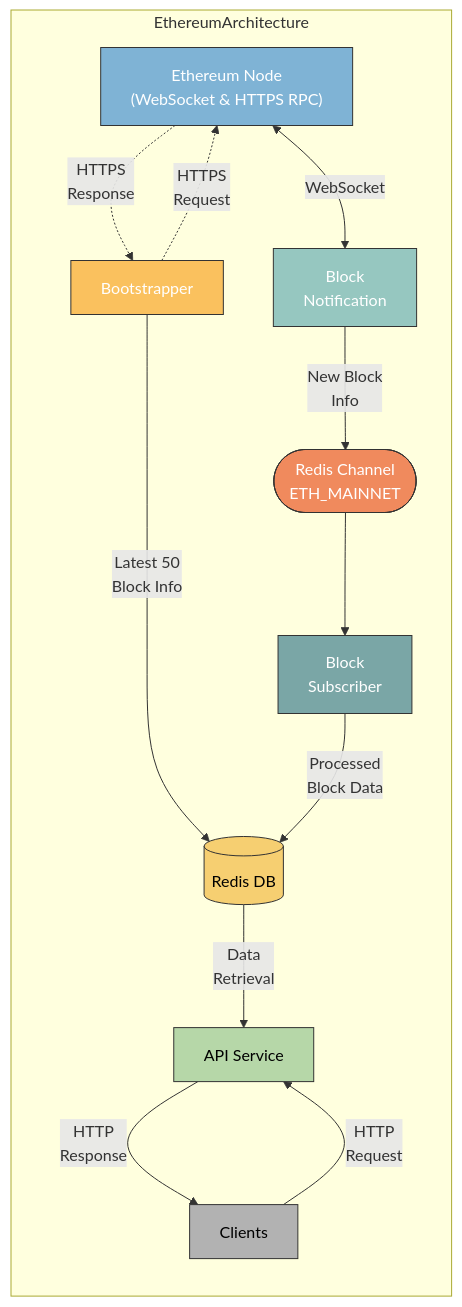
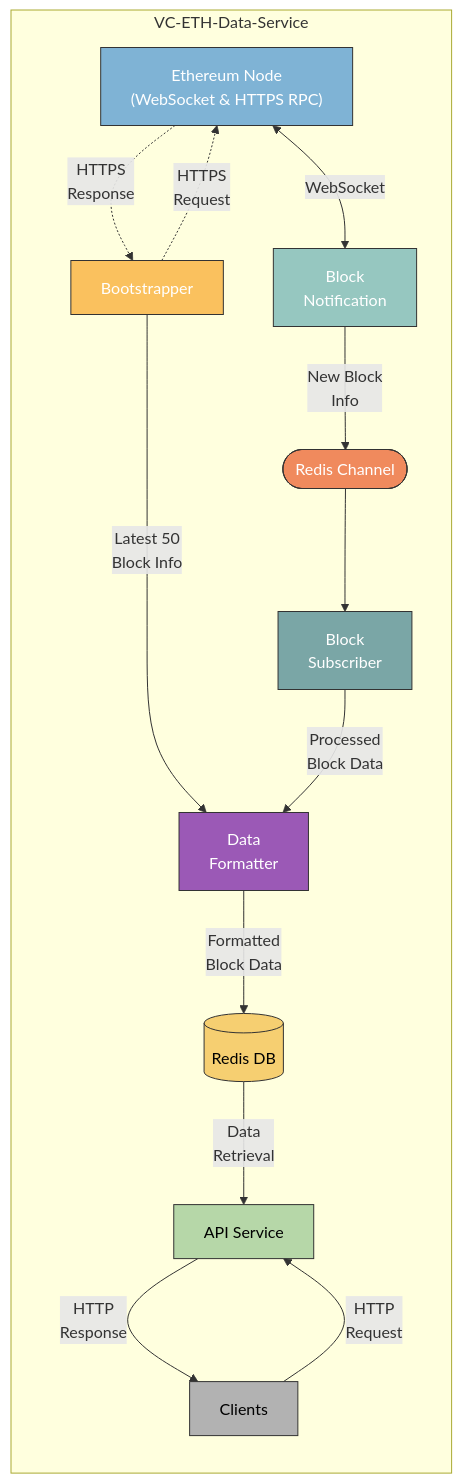
The diagram in DESIGN.md (srinathln7/ethereum-data-service), drawn with Mermaid before and after one commit. The commit also changed other lines of this file, not shown here.

````diff
--- a/DESIGN.md
+++ b/DESIGN.md
@@ -5,35 +3,40 @@
 ```mermaid
 graph TD
+
     classDef ethereumNodeStyle fill:#7FB3D5,stroke:#333,stroke-width:1px,color:white;
     classDef blockNotificationStyle fill:#96C7C0,stroke:#333,stroke-width:1px,color:white;
     classDef bootstrapperStyle fill:#FAC15E,stroke:#333,stroke-width:1px,color:white;
     classDef redisChannelStyle fill:#F08A5D,stroke:#333,stroke-width:1px,color:white;
     classDef blockSubscriberStyle fill:#7AA6A6,stroke:#333,stroke-width:1px,color:white;
+    classDef dataFormatterStyle fill:#9b59b6,stroke:#333,stroke-width:1px,color:white;
     classDef redisDBStyle fill:#F6CF71,stroke:#333,stroke-width:1px,color:black;
     classDef apiServiceStyle fill:#B6D7A8,stroke:#333,stroke-width:1px,color:black;
     classDef clientsStyle fill:#B2B2B2,stroke:#333,stroke-width:1px,color:black;
     
-    subgraph EthereumArchitecture
+    subgraph VC-ETH-Data-Service
         direction TB
         
         ethereumNode["Ethereum Node<br/>(WebSocket & HTTPS RPC)"]:::ethereumNodeStyle
         blockNotification["Block<br/>Notification"]:::blockNotificationStyle
         bootstrapper["Bootstrapper"]:::bootstrapperStyle
-        redisChannel(["Redis Channel<br/>ETH_MAINNET"]):::redisChannelStyle
+        redisChannel(["Redis Channel"]):::redisChannelStyle
         blockSubscriber["Block<br/>Subscriber"]:::blockSubscriberStyle
+        dataFormatter["Data<br/>Formatter"]:::dataFormatterStyle
         redisDB[("Redis DB")]:::redisDBStyle
         apiService["API Service"]:::apiServiceStyle
         clients["Clients"]:::clientsStyle
         
         ethereumNode <--> |WebSocket| blockNotification
         bootstrapper -.-> |HTTPS<br/>Request| ethereumNode
         ethereumNode -.-> |HTTPS<br/>Response| bootstrapper
         blockNotification --> |New Block<br/>Info| redisChannel
-        bootstrapper --> |Latest 50<br/>Block Info| redisDB
+        bootstrapper --> |Latest 50<br/>Block Info| dataFormatter
         redisChannel --> blockSubscriber
-        blockSubscriber --> |Processed<br/>Block Data| redisDB
+        blockSubscriber --> |Processed<br/>Block Data| dataFormatter
+        dataFormatter --> |Formatted<br/>Block Data| redisDB
         redisDB --> |Data<br/>Retrieval| apiService
         clients --> |HTTP<br/>Request| apiService
         apiService --> |HTTP<br/>Response| clients
     end
+
 ```
````
